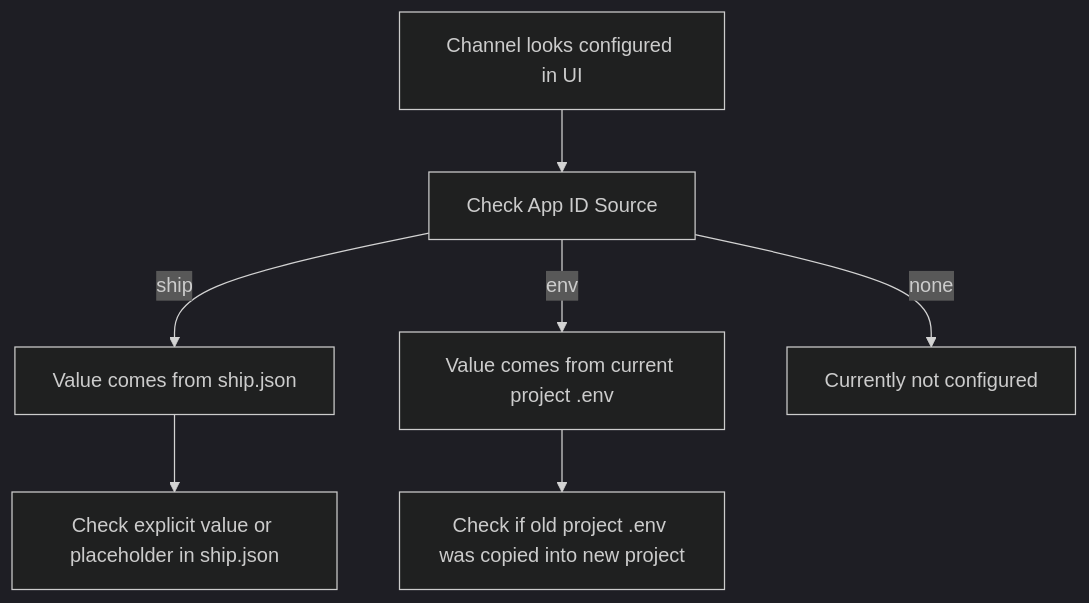
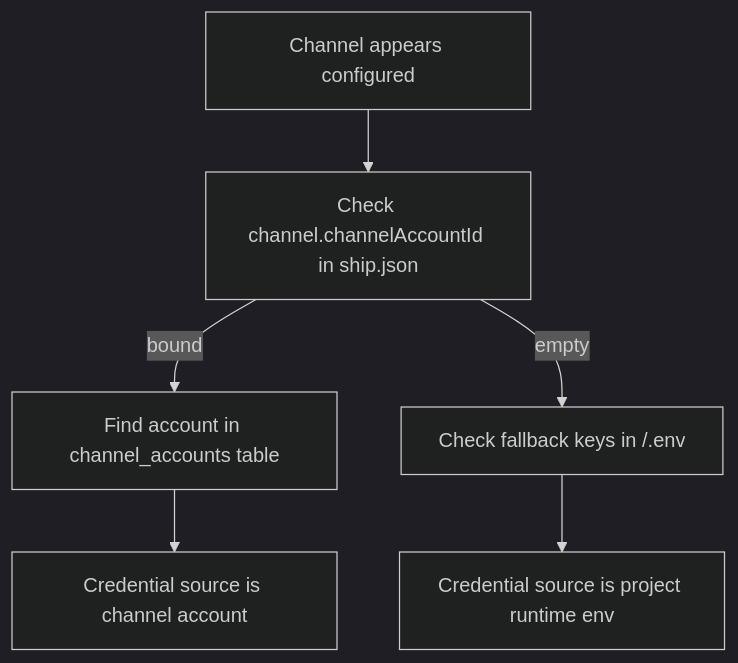
One commit to wangenius/downcity changed the second of 2 diagrams in homepage/content/docs/en/configuration/environment-variables.mdx. Above: the diagram before and after it, drawn with Mermaid (dark theme). The commit also changed other lines of this file and 127 other files, not shown here.

````diff
--- a/homepage/content/docs/en/configuration/environment-variables.mdx
+++ b/homepage/content/docs/en/configuration/environment-variables.mdx
@@ -163,9 +101,8 @@
 ```mermaid
 flowchart TD
-  A["Channel looks configured in UI"] --> B["Check App ID Source"]
-  B -->|"ship"| C["Value comes from ship.json"]
-  B -->|"env"| D["Value comes from current project .env"]
-  B -->|"none"| E["Currently not configured"]
-  D --> F["Check if old project .env was copied into new project"]
-  C --> G["Check explicit value or placeholder in ship.json"]
+  A["Channel appears configured"] --> B["Check channel.channelAccountId in ship.json"]
+  B -->|bound| C["Find account in channel_accounts table"]
+  B -->|empty| D["Check fallback keys in <agent>/.env"]
+  C --> E["Credential source is channel account"]
+  D --> F["Credential source is project runtime env"]
 ```
````
